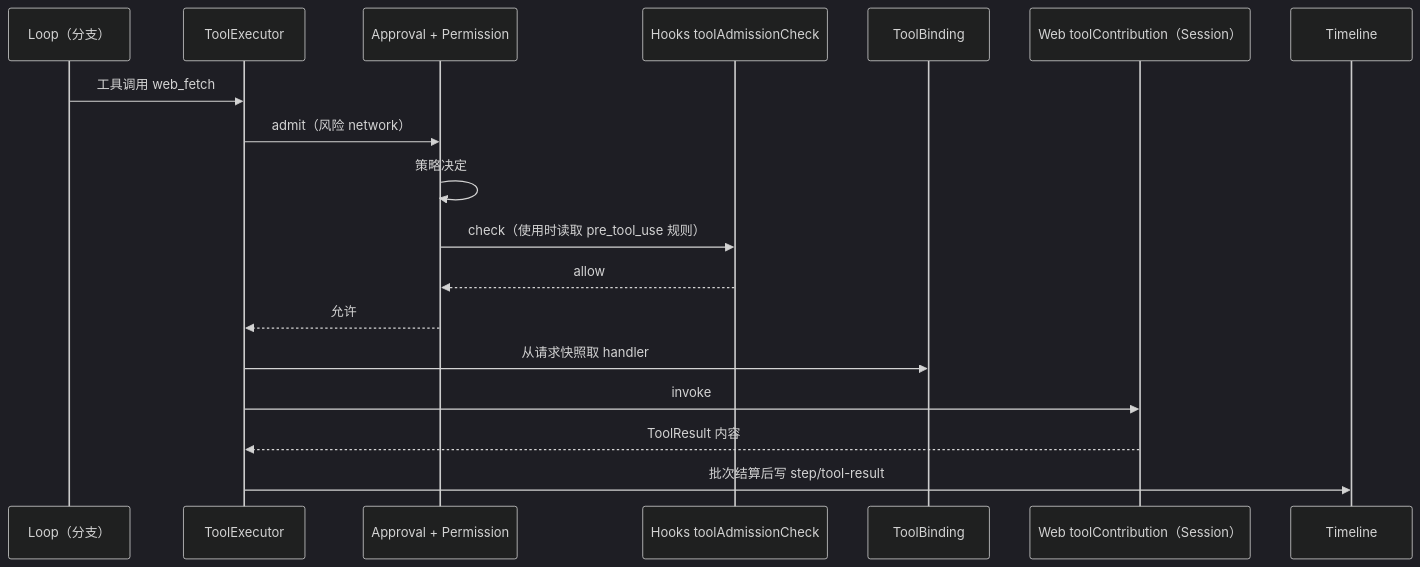
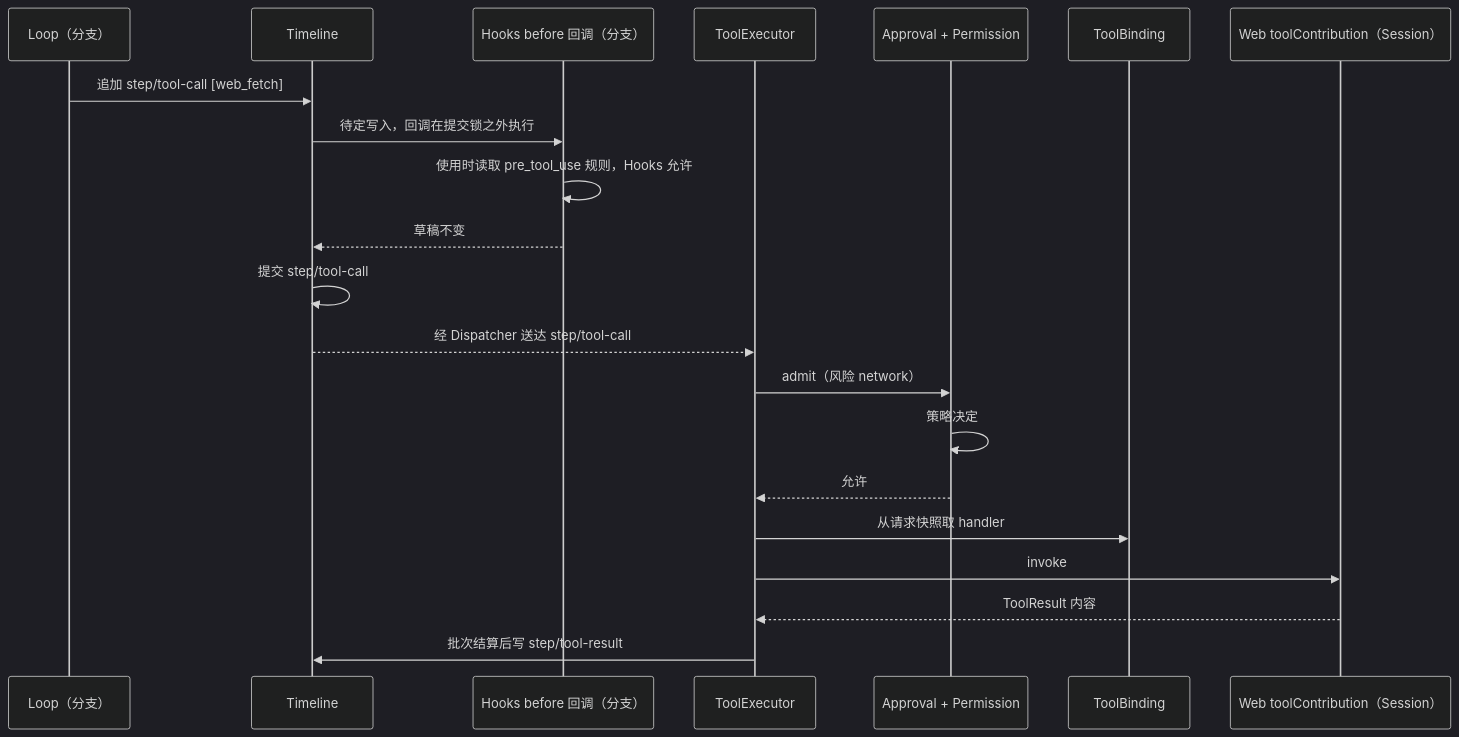
One commit to CoutinhoTTS/dim-agent changed the third of 8 diagrams in docs/zh/design/overview.md. Above: the diagram before and after it, drawn with Mermaid (dark theme). The commit also changed other lines of this file and 18 other files, not shown here.

Commit message:
docs(zh): sync translations with hooks via before callbacks and withdraw/delete events

````diff
--- a/docs/zh/design/overview.md
+++ b/docs/zh/design/overview.md
@@ -187,20 +182,23 @@
 ```mermaid
 sequenceDiagram
   participant LP as Loop（分支）
+  participant TL as Timeline
+  participant HK as Hooks before 回调（分支）
   participant TE as ToolExecutor
   participant AP as Approval + Permission
-  participant HK as Hooks toolAdmissionCheck
   participant TB as ToolBinding
   participant W as Web toolContribution（Session）
-  participant TL as Timeline
-  LP->>TE: 工具调用 web_fetch
+  LP->>TL: 追加 step/tool-call [web_fetch]
+  TL->>HK: 待定写入，回调在提交锁之外执行
+  HK->>HK: 使用时读取 pre_tool_use 规则，Hooks 允许
+  HK-->>TL: 草稿不变
+  TL->>TL: 提交 step/tool-call
+  TL-->>TE: 经 Dispatcher 送达 step/tool-call
   TE->>AP: admit（风险 network）
   AP->>AP: 策略决定
-  AP->>HK: check（使用时读取 pre_tool_use 规则）
-  HK-->>AP: allow
   AP-->>TE: 允许
   TE->>TB: 从请求快照取 handler
   TE->>W: invoke
   W-->>TE: ToolResult 内容
   TE->>TL: 批次结算后写 step/tool-result
 ```
````
